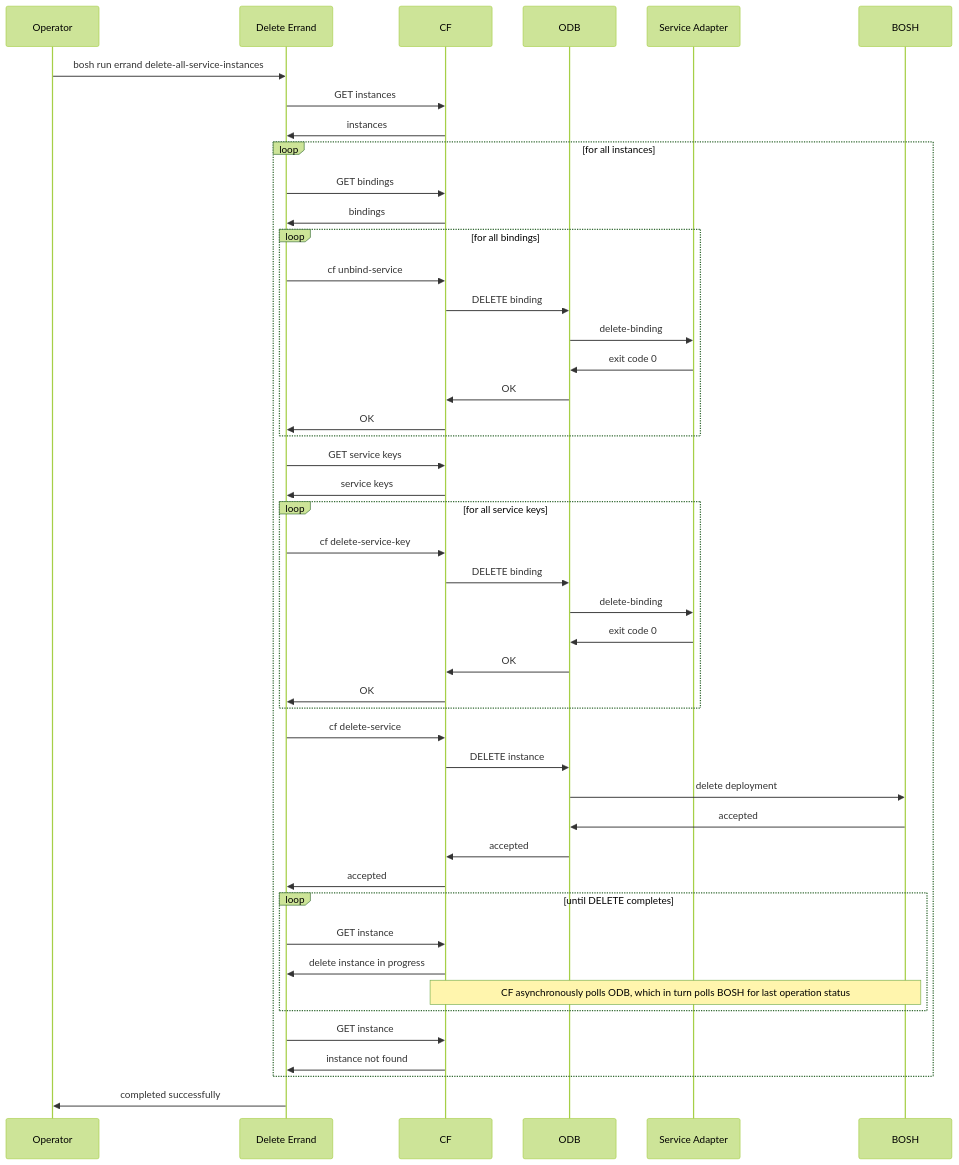
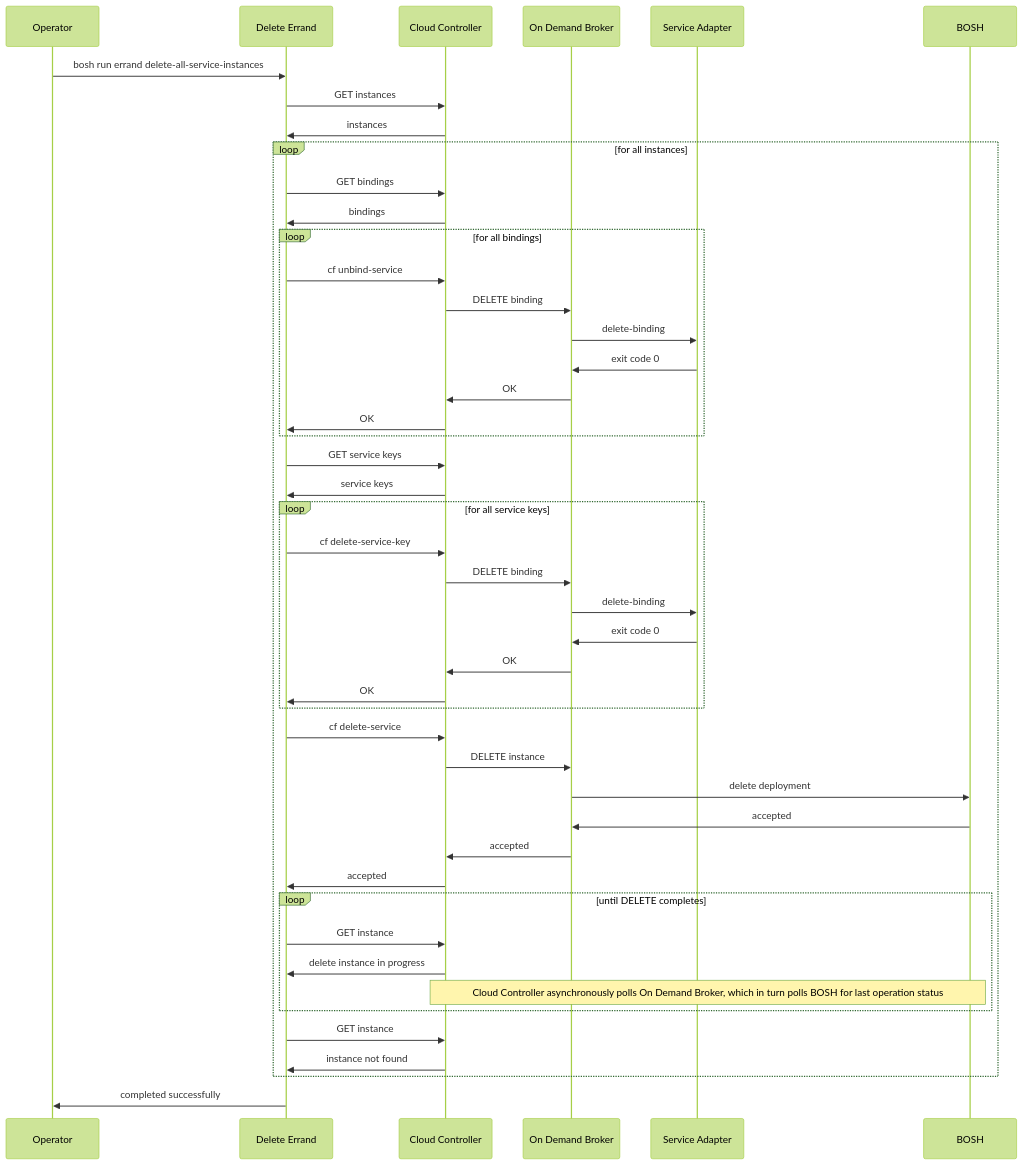
Before and after one commit to pivotal-cf/docs-on-demand-service-broker: the diagram in mmd/delete_all_instances_workflow.mmd, drawn with Mermaid (forest theme). The commit also changed 2 other files, not shown here.

Commit message:
add step and consistent labels [#151287311]

```diff
--- a/mmd/delete_all_instances_workflow.mmd
+++ b/mmd/delete_all_instances_workflow.mmd
@@ -1,42 +1,42 @@
 <div class="mermaid">
 sequenceDiagram
   Operator->>Delete Errand:bosh run errand delete-all-service-instances
-  Delete Errand->>CF:GET instances
-  CF->>Delete Errand:instances
+  Delete Errand->>Cloud Controller:GET instances
+  Cloud Controller->>Delete Errand:instances
   loop for all instances
-    Delete Errand->>CF:GET bindings
-    CF->>Delete Errand:bindings
+    Delete Errand->>Cloud Controller:GET bindings
+    Cloud Controller->>Delete Errand:bindings
     loop for all bindings
-    Delete Errand->>CF:cf unbind-service
-      CF->>ODB: DELETE binding
-      ODB->>Service Adapter:delete-binding
-      Service Adapter->>ODB:exit code 0
-      ODB->>CF:OK
-      CF->>Delete Errand:OK
+    Delete Errand->>Cloud Controller:cf unbind-service
+      Cloud Controller->>On Demand Broker: DELETE binding
+      On Demand Broker->>Service Adapter:delete-binding
+      Service Adapter->>On Demand Broker:exit code 0
+      On Demand Broker->>Cloud Controller:OK
+      Cloud Controller->>Delete Errand:OK
     end
-    Delete Errand->>CF:GET service keys
-    CF->>Delete Errand:service keys
+    Delete Errand->>Cloud Controller:GET service keys
+    Cloud Controller->>Delete Errand:service keys
     loop for all service keys
-    Delete Errand->>CF:cf delete-service-key
-      CF->>ODB: DELETE binding
-      ODB->>Service Adapter:delete-binding
-      Service Adapter->>ODB:exit code 0
-      ODB->>CF:OK
-      CF->>Delete Errand:OK
+    Delete Errand->>Cloud Controller:cf delete-service-key
+      Cloud Controller->>On Demand Broker: DELETE binding
+      On Demand Broker->>Service Adapter:delete-binding
+      Service Adapter->>On Demand Broker:exit code 0
+      On Demand Broker->>Cloud Controller:OK
+      Cloud Controller->>Delete Errand:OK
     end
-    Delete Errand->>CF:cf delete-service
-    CF->>ODB:DELETE instance
-    ODB->>BOSH:delete deployment
-    BOSH->>ODB:accepted
-    ODB->>CF:accepted
-    CF->>Delete Errand:accepted
+    Delete Errand->>Cloud Controller:cf delete-service
+    Cloud Controller->>On Demand Broker:DELETE instance
+    On Demand Broker->>BOSH:delete deployment
+    BOSH->>On Demand Broker:accepted
+    On Demand Broker->>Cloud Controller:accepted
+    Cloud Controller->>Delete Errand:accepted
     loop until DELETE completes
-      Delete Errand->>CF:GET instance
-      CF->>Delete Errand:delete instance in progress
-      Note over CF,BOSH: CF asynchronously polls ODB, which in turn polls BOSH for last operation status
+      Delete Errand->>Cloud Controller:GET instance
+      Cloud Controller->>Delete Errand:delete instance in progress
+      Note over Cloud Controller,BOSH: Cloud Controller asynchronously polls On Demand Broker, which in turn polls BOSH for last operation status
     end
-    Delete Errand->>CF:GET instance
-    CF->>Delete Errand:instance not found
+    Delete Errand->>Cloud Controller:GET instance
+    Cloud Controller->>Delete Errand:instance not found
   end
   Delete Errand->>Operator:completed successfully
 </div>
```
